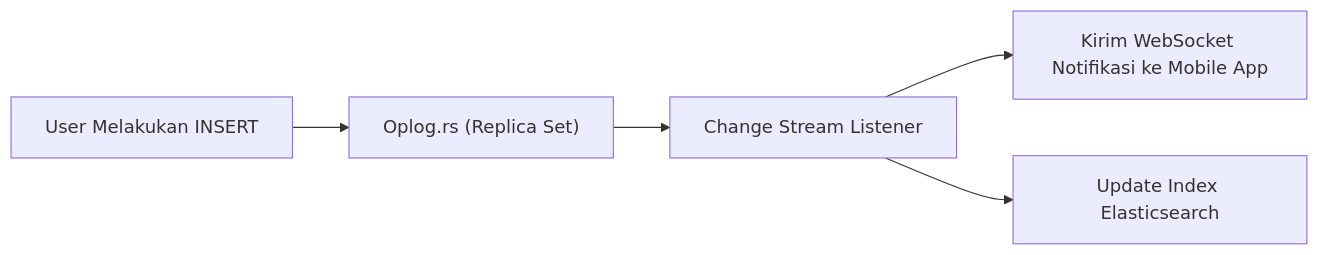
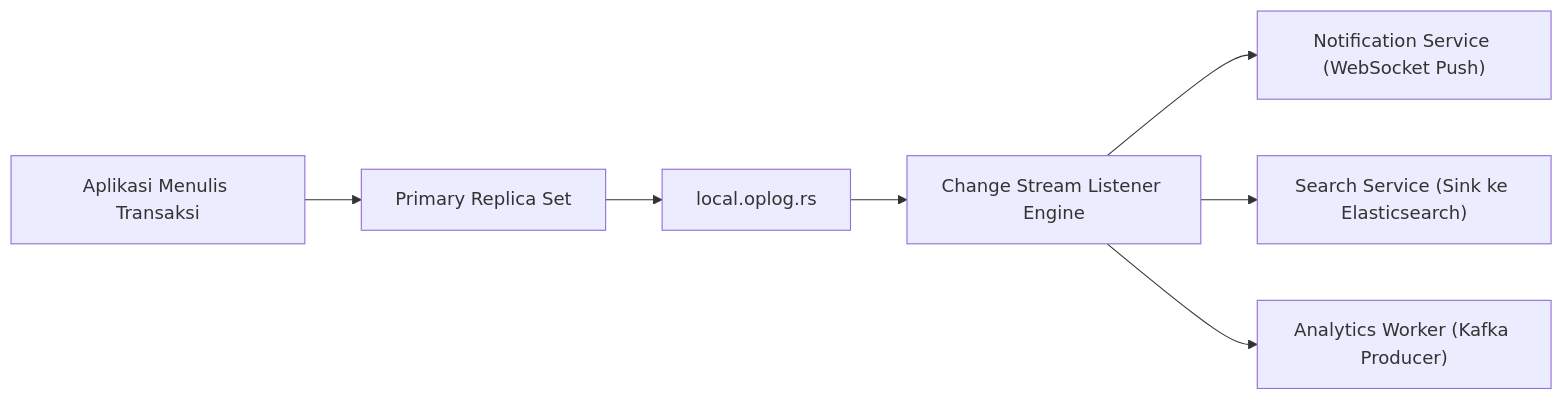
Before and after one commit to exa31/learning-docs: the first of 2 diagrams in src/content/docs/mongodb/08-change-streams-dan-administrasi.md, drawn with Mermaid. The commit also changed other lines of this file and 7 other files, not shown here.

````diff
--- a/src/content/docs/mongodb/08-change-streams-dan-administrasi.md
+++ b/src/content/docs/mongodb/08-change-streams-dan-administrasi.md
@@ -16,7 +16,9 @@
 ```mermaid
 flowchart LR
-    Mutasi["User Melakukan INSERT"] --> Oplog["Oplog.rs (Replica Set)"]
-    Oplog --> Stream["Change Stream Listener"]
-    Stream --> Push["Kirim WebSocket Notifikasi ke Mobile App"]
-    Stream --> Elastic["Update Index Elasticsearch"]
+    Mutasi["Aplikasi Menulis Transaksi"] --> Primary["Primary Replica Set"]
+    Primary --> Oplog["local.oplog.rs"]
+    Oplog --> Stream["Change Stream Listener Engine"]
+    Stream --> ServiceA["Notification Service (WebSocket Push)"]
+    Stream --> ServiceB["Search Service (Sink ke Elasticsearch)"]
+    Stream --> ServiceC["Analytics Worker (Kafka Producer)"]
 ```
````
